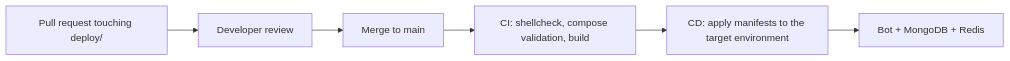
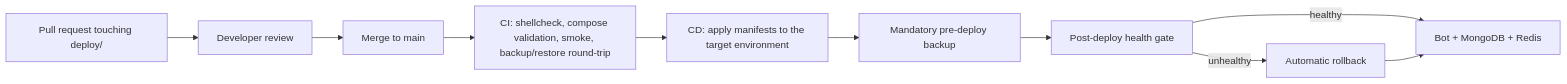
Before and after one commit to merlin-pinpin-org/kingdoms-infra: the diagram in docs/GITOPS.md, drawn with Mermaid. The commit also changed other lines of this file and 10 other files, not shown here.

Commit message:
feat: GHCR images, hardened deploy/backup/restore/rollback, round-trip CI

````diff
--- a/docs/GITOPS.md
+++ b/docs/GITOPS.md
@@ -20,8 +20,12 @@
 ```mermaid
 flowchart LR
     PR["Pull request touching deploy/"] --> REVIEW["Developer review"]
     REVIEW --> MERGE["Merge to main"]
-    MERGE --> CI["CI: shellcheck, compose validation, build"]
+    MERGE --> CI["CI: shellcheck, compose validation, smoke, backup/restore round-trip"]
     CI --> CD["CD: apply manifests to the target environment"]
-    CD --> STACK["Bot + MongoDB + Redis"]
+    CD --> BACKUP["Mandatory pre-deploy backup"]
+    BACKUP --> GATE["Post-deploy health gate"]
+    GATE -->|"healthy"| STACK["Bot + MongoDB + Redis"]
+    GATE -->|"unhealthy"| ROLLBACK["Automatic rollback"]
+    ROLLBACK --> STACK
 ```
````
